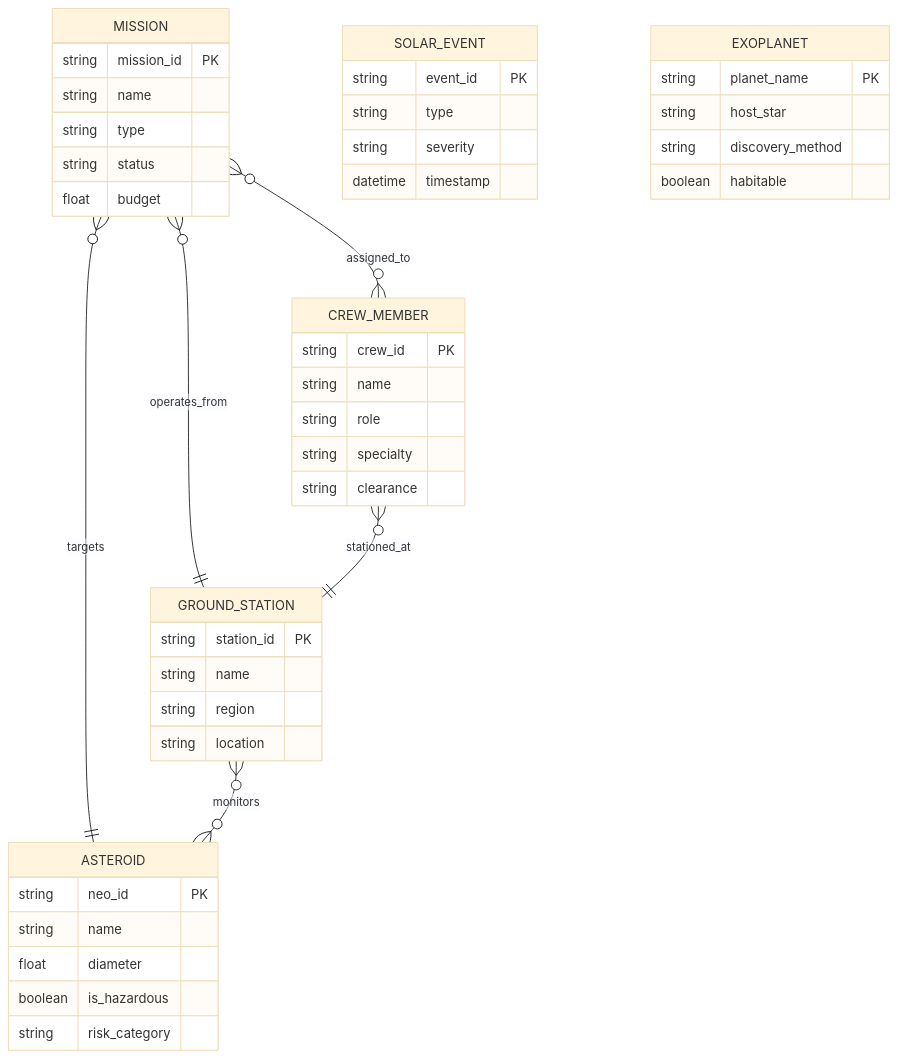
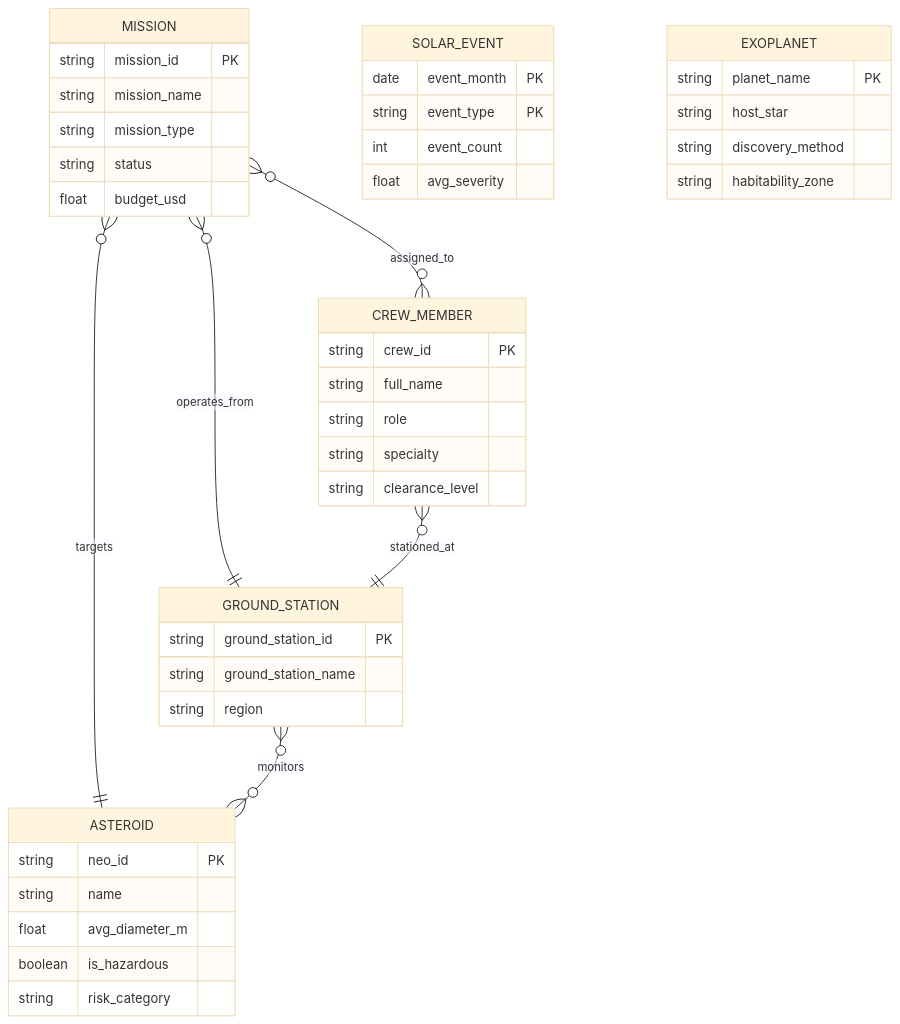
Before and after one commit to Diaz506/fabric-space-lab: the diagram in labs/09-ontology-knowledge-graph.md, drawn with Mermaid (base theme). The commit also changed other lines of this file, not shown here.

First line of the commit message:
fix: audit module 09 — correct schema refs, synonyms, derived props, docs

````diff
--- a/labs/09-ontology-knowledge-graph.md
+++ b/labs/09-ontology-knowledge-graph.md
@@ -68,48 +68,47 @@
 ```mermaid
 erDiagram
     ASTEROID {
         string neo_id PK
         string name
-        float diameter
+        float avg_diameter_m
         boolean is_hazardous
         string risk_category
     }
     MISSION {
         string mission_id PK
-        string name
-        string type
+        string mission_name
+        string mission_type
         string status
-        float budget
+        float budget_usd
     }
     CREW_MEMBER {
         string crew_id PK
-        string name
+        string full_name
         string role
         string specialty
-        string clearance
+        string clearance_level
     }
     GROUND_STATION {
-        string station_id PK
-        string name
+        string ground_station_id PK
+        string ground_station_name
         string region
-        string location
     }
     SOLAR_EVENT {
-        string event_id PK
-        string type
-        string severity
-        datetime timestamp
+        date event_month PK
+        string event_type PK
+        int event_count
+        float avg_severity
     }
     EXOPLANET {
         string planet_name PK
         string host_star
         string discovery_method
-        boolean habitable
+        string habitability_zone
     }
 
     MISSION }o--|| ASTEROID : "targets"
     MISSION }o--o{ CREW_MEMBER : "assigned_to"
     MISSION }o--|| GROUND_STATION : "operates_from"
     GROUND_STATION }o--o{ ASTEROID : "monitors"
     CREW_MEMBER }o--|| GROUND_STATION : "stationed_at"
 ```
````
